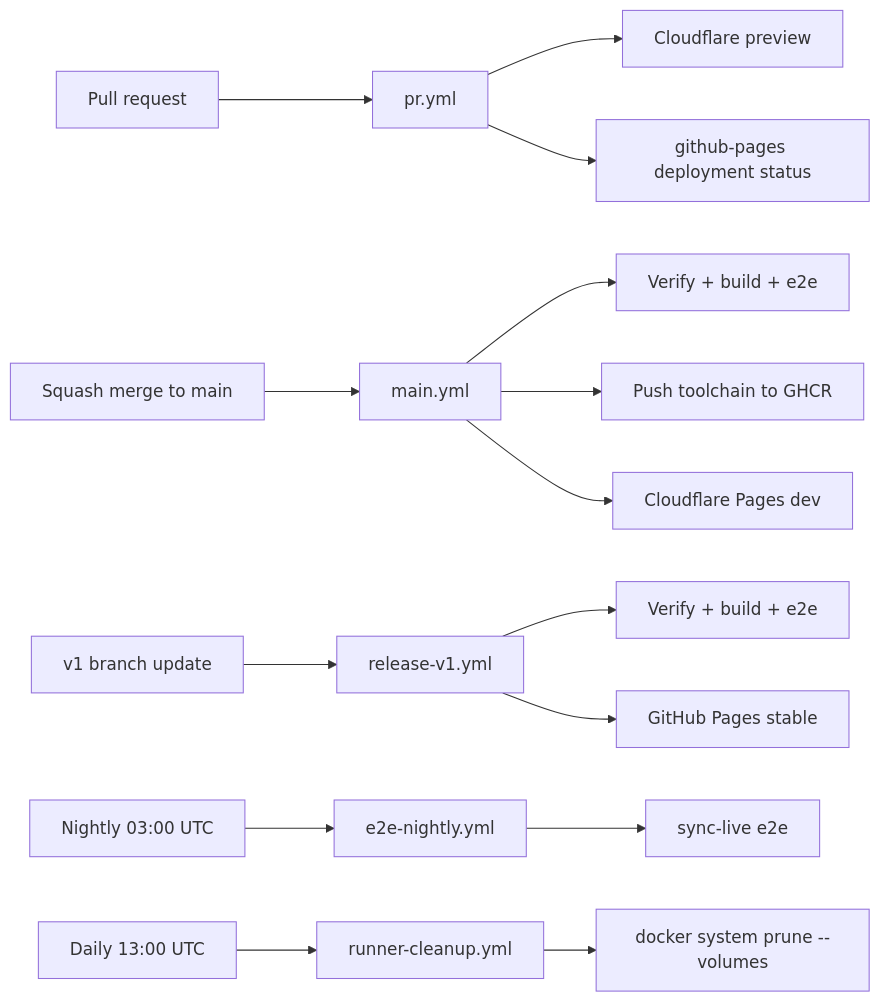
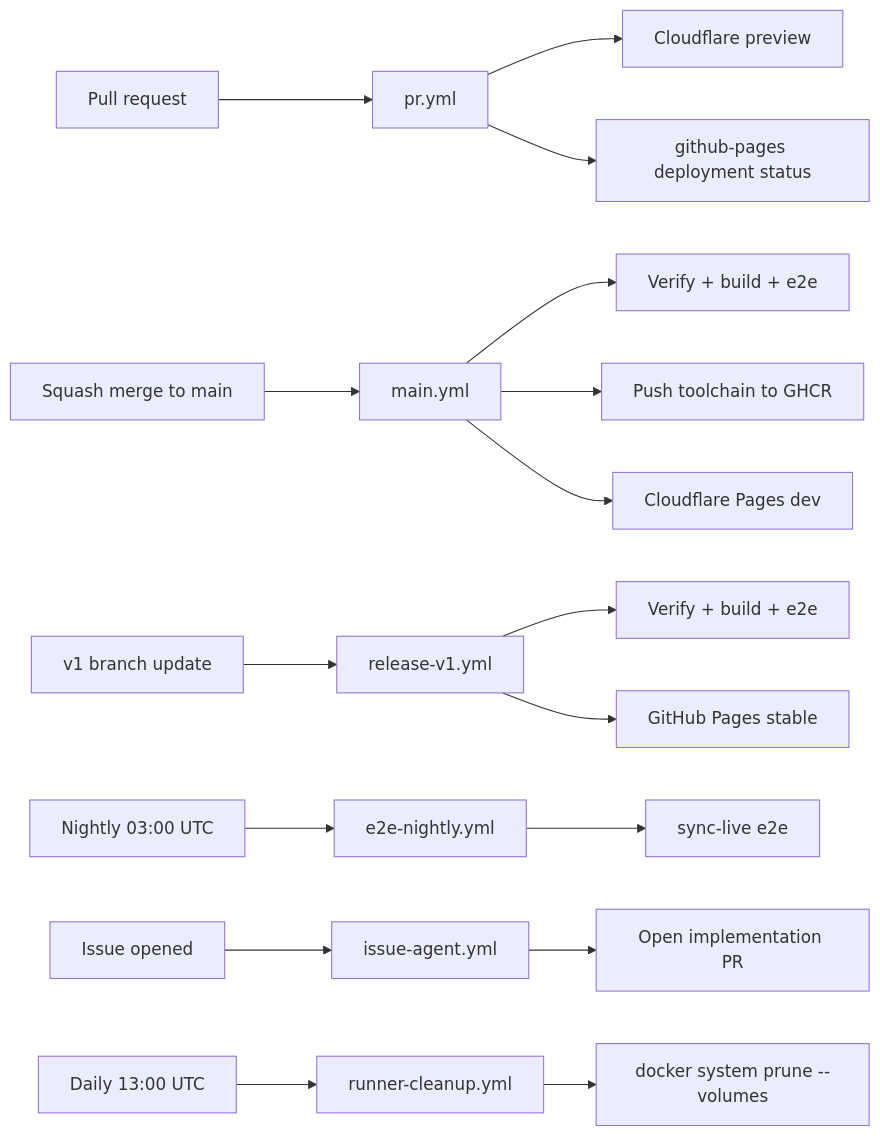
One commit to meta-secret/nook changed the diagram in .cortex/workflows/ci-pipeline.md. Above: the diagram before and after it, drawn with Mermaid. The commit also changed other lines of this file and 9 other files, not shown here.

First line of the commit message:
Add issue-opened workflow that runs Cursor agent and opens a PR.

````diff
--- a/.cortex/workflows/ci-pipeline.md
+++ b/.cortex/workflows/ci-pipeline.md
@@ -16,21 +17,24 @@
 ```mermaid
 flowchart LR
   PR[Pull request] --> pr_yml[pr.yml]
   pr_yml --> preview[Cloudflare preview]
   pr_yml --> pr_deployment[github-pages deployment status]
 
   merge[Squash merge to main] --> main_yml[main.yml]
   main_yml --> main_verify[Verify + build + e2e]
   main_yml --> toolchain_push[Push toolchain to GHCR]
   main_yml --> cf_dev[Cloudflare Pages dev]
 
   release[v1 branch update] --> release_yml[release-v1.yml]
   release_yml --> release_verify[Verify + build + e2e]
   release_yml --> pages[GitHub Pages stable]
 
   cron[Nightly 03:00 UTC] --> nightly[e2e-nightly.yml]
   nightly --> e2e_live[sync-live e2e]
 
+  issue[Issue opened] --> issue_agent[issue-agent.yml]
+  issue_agent --> issue_pr[Open implementation PR]
+
   cleanup_cron[Daily 13:00 UTC] --> cleanup[runner-cleanup.yml]
   cleanup --> docker_prune["docker system prune --volumes"]
 ```
````
